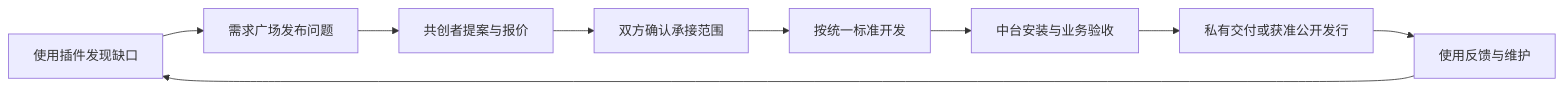
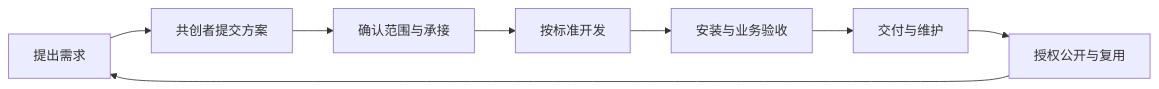
One commit to Beellix-dev/dsh-beellix-plugin changed the diagram in docs/ecosystem-model.md. Above: the diagram before and after it, drawn with Mermaid. The commit also changed other lines of this file and 14 other files, not shown here.

````diff
--- a/docs/ecosystem-model.md
+++ b/docs/ecosystem-model.md
@@ -9,11 +20,10 @@
 ```mermaid
 flowchart LR
-  A[使用插件发现缺口] --> B[需求广场发布问题]
-  B --> C[共创者提案与报价]
-  C --> D[双方确认承接范围]
-  D --> E[按统一标准开发]
-  E --> F[中台安装与业务验收]
-  F --> G[私有交付或获准公开发行]
-  G --> H[使用反馈与维护]
-  H --> A
+  A[提出需求] --> B[共创者提交方案]
+  B --> C[确认范围与承接]
+  C --> D[按标准开发]
+  D --> E[安装与业务验收]
+  E --> F[交付与维护]
+  F --> G[授权公开与复用]
+  G --> A
 ```
````
